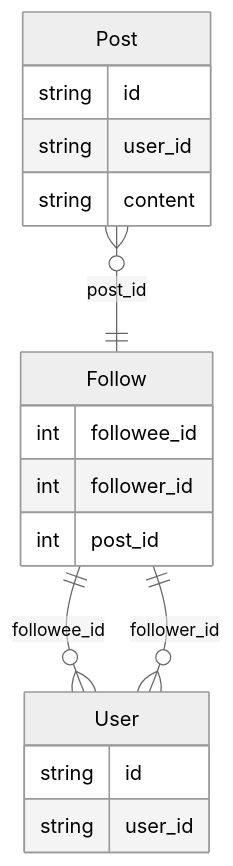
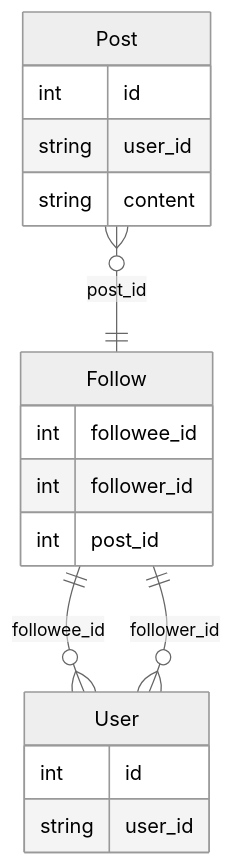
One commit to anoush-bch/micro-blog changed the diagram in README.md. Above: the diagram before and after it, drawn with Mermaid (neutral theme). The commit also changed 6 other files, not shown here.

````diff
--- a/README.md
+++ b/README.md
@@ -33,20 +33,20 @@
 ```mermaid
 erDiagram
     Follow ||--o{ User : followee_id
     Follow ||--o{ User : follower_id
     Post }o -- || Follow : post_id
     User {
-        string id
+        int id
         string user_id
     }
     Follow {
         int followee_id
         int follower_id
         int post_id
     }
     Post {
-        string id
+        int id
         string user_id
         string content
     } 
 ```
````
